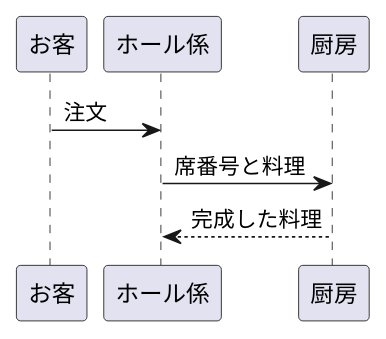
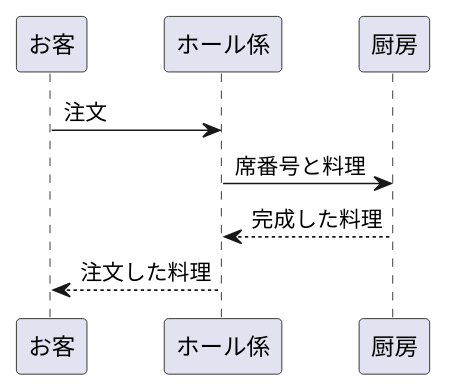
Before and after one commit to Aso2001174/2021sys-design: the diagram in kadai4-3.md, drawn with PlantUML.

````diff
--- a/kadai4-3.md
+++ b/kadai4-3.md
@@ -1,8 +1,8 @@
 ```uml
 @startuml
 お客 -> ホール係 : 注文
 ホール係 -> 厨房 : 席番号と料理
 厨房 --> ホール係 : 完成した料理
-
+ホール係 --> お客 : 注文した料理
 @enduml
 ```
````
